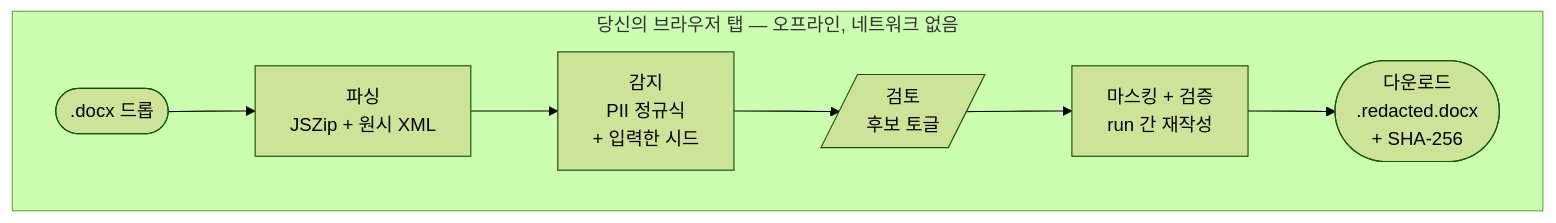
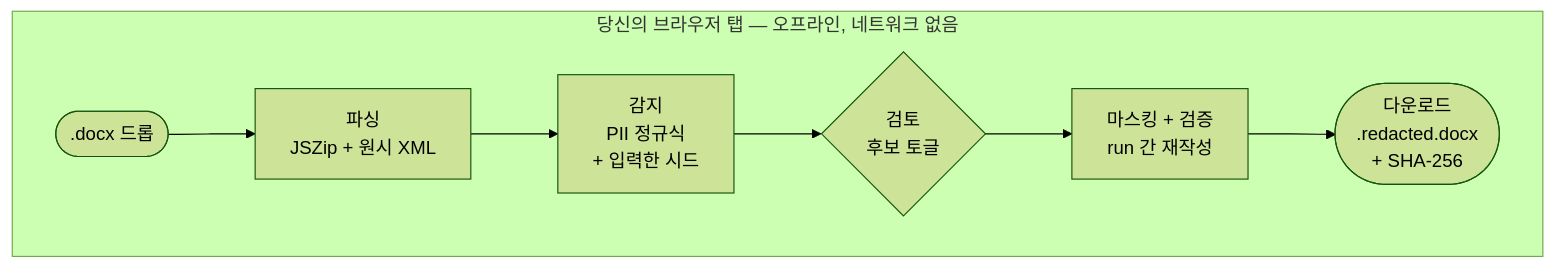
Before and after one commit to lowtidebuild/document-redactor: the diagram in README.ko.md, drawn with Mermaid (forest theme). The commit also changed other lines of this file and 2 other files, not shown here.

````diff
--- a/README.ko.md
+++ b/README.ko.md
@@ -57,11 +99,11 @@
 ```mermaid
 flowchart LR
     subgraph browser["당신의 브라우저 탭 &mdash; 오프라인, 네트워크 없음"]
         direction LR
         A([.docx 드롭]) --> B[파싱<br/>JSZip + 원시 XML]
         B --> C[감지<br/>PII 정규식<br/>+ 입력한 시드]
-        C --> D[/검토<br/>후보 토글/]
+        C --> D{검토<br/>후보 토글}
         D --> E[마스킹 + 검증<br/>run 간 재작성]
         E --> F([다운로드<br/>.redacted.docx<br/>+ SHA-256])
     end
 ```
````
